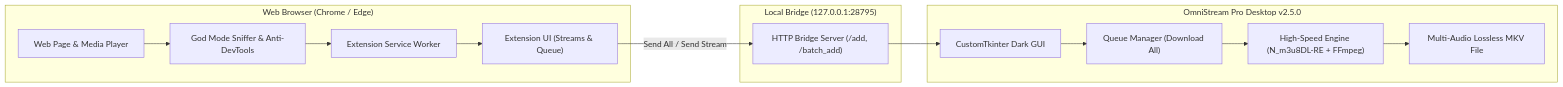
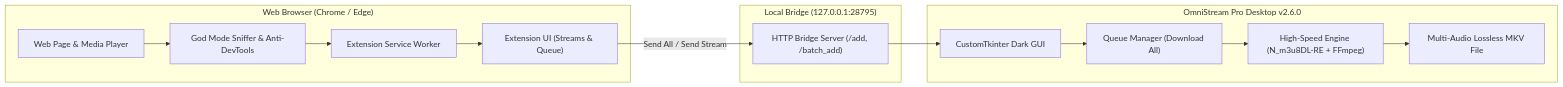
Before and after one commit to Xmon4u/OmniStream-Pro-v2: the diagram in README.md, drawn with Mermaid. The commit also changed other lines of this file and 7 other files, not shown here.

````diff
--- a/README.md
+++ b/README.md
@@ -60,29 +60,29 @@
 ```mermaid
 graph LR
     subgraph Browser ["Web Browser (Chrome / Edge)"]
         WebPage["Web Page & Media Player"]
         GodMode["God Mode Sniffer & Anti-DevTools"]
         ExtSW["Extension Service Worker"]
         Popup["Extension UI (Streams & Queue)"]
         WebPage --> GodMode
         GodMode --> ExtSW
         ExtSW --> Popup
     end
 
     subgraph Bridge ["Local Bridge (127.0.0.1:28795)"]
         BridgeServer["HTTP Bridge Server (/add, /batch_add)"]
     end
 
-    subgraph DesktopApp ["OmniStream Pro Desktop v2.5.0"]
+    subgraph DesktopApp ["OmniStream Pro Desktop v2.6.0"]
         GUI["CustomTkinter Dark GUI"]
         QueueMgr["Queue Manager (Download All)"]
         Engine["High-Speed Engine (N_m3u8DL-RE + FFmpeg)"]
         OutputMKV["Multi-Audio Lossless MKV File"]
         GUI --> QueueMgr
         QueueMgr --> Engine
         Engine --> OutputMKV
     end
 
     Popup -- "Send All / Send Stream" --> BridgeServer
     BridgeServer --> GUI
 ```
````
